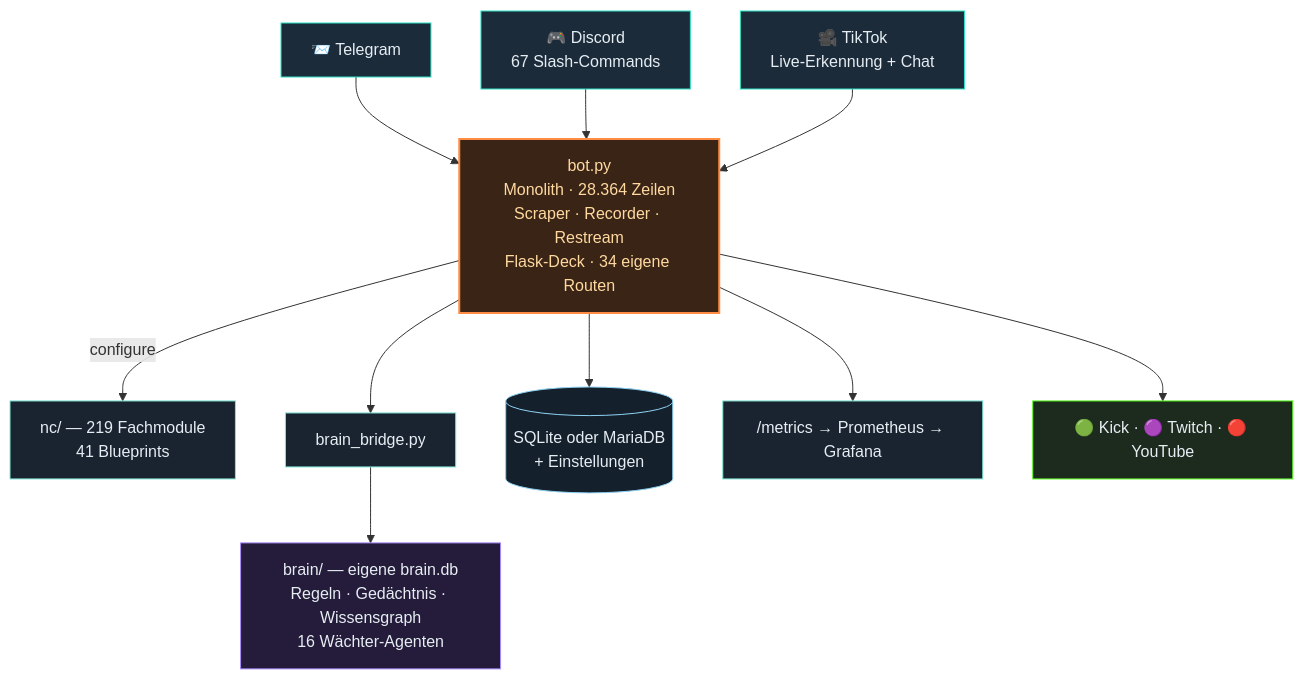
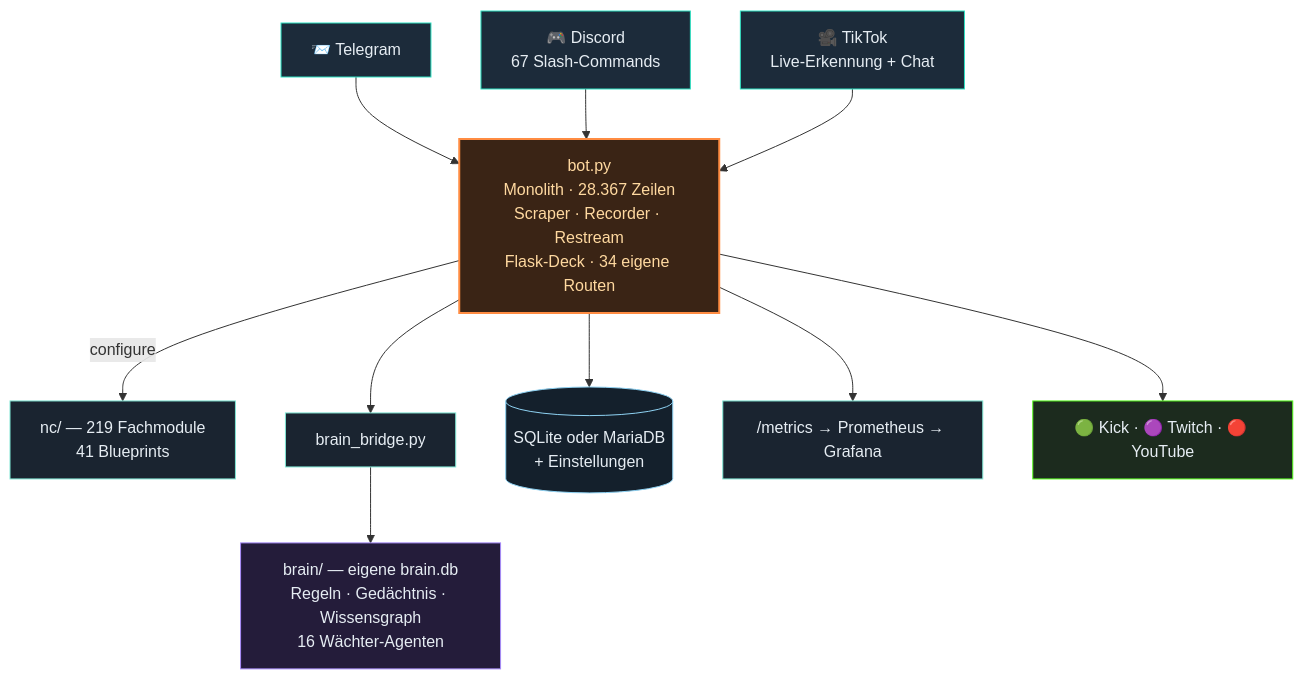
One commit to itsamemedev/Telegram-Stream-Info-Bot changed the second of 3 diagrams in README.md. Above: the diagram before and after it, drawn with Mermaid. The commit also changed other lines of this file and 19 other files, not shown here.

````diff
--- a/README.md
+++ b/README.md
@@ -118,19 +118,19 @@
 ```mermaid
 flowchart TB
     TG["📨 Telegram"]:::ein --> BOT
     DC["🎮 Discord<br/>67 Slash-Commands"]:::ein --> BOT
     TT["🎥 TikTok<br/>Live-Erkennung + Chat"]:::ein --> BOT
-    BOT["bot.py<br/>Monolith · 28.364 Zeilen<br/>Scraper · Recorder · Restream<br/>Flask-Deck · 34 eigene Routen"]:::core
+    BOT["bot.py<br/>Monolith · 28.367 Zeilen<br/>Scraper · Recorder · Restream<br/>Flask-Deck · 34 eigene Routen"]:::core
     BOT -->|configure| NC["nc/ — 219 Fachmodule<br/>41 Blueprints"]:::lib
     BOT --> BR["brain_bridge.py"]:::lib
     BR --> BRAIN["brain/ — eigene brain.db<br/>Regeln · Gedächtnis · Wissensgraph<br/>16 Wächter-Agenten"]:::brain
     BOT --> DB[("SQLite oder MariaDB<br/>+ Einstellungen")]:::db
     BOT --> PROM["/metrics → Prometheus → Grafana"]:::lib
     BOT --> OUT["🟢 Kick · 🟣 Twitch · 🔴 YouTube"]:::out
     classDef ein fill:#1c2b3a,stroke:#2de1c2,color:#e6edf3
     classDef core fill:#3a2415,stroke:#ff8c42,stroke-width:2px,color:#ffd9a0
     classDef lib fill:#1a2430,stroke:#7fe7d4,color:#e6edf3
     classDef brain fill:#241c3a,stroke:#a78bfa,color:#e6edf3
     classDef db fill:#14202c,stroke:#8fd3f4,color:#e6edf3
     classDef out fill:#1c2b1e,stroke:#53fc18,color:#e6edf3
 ```
````
